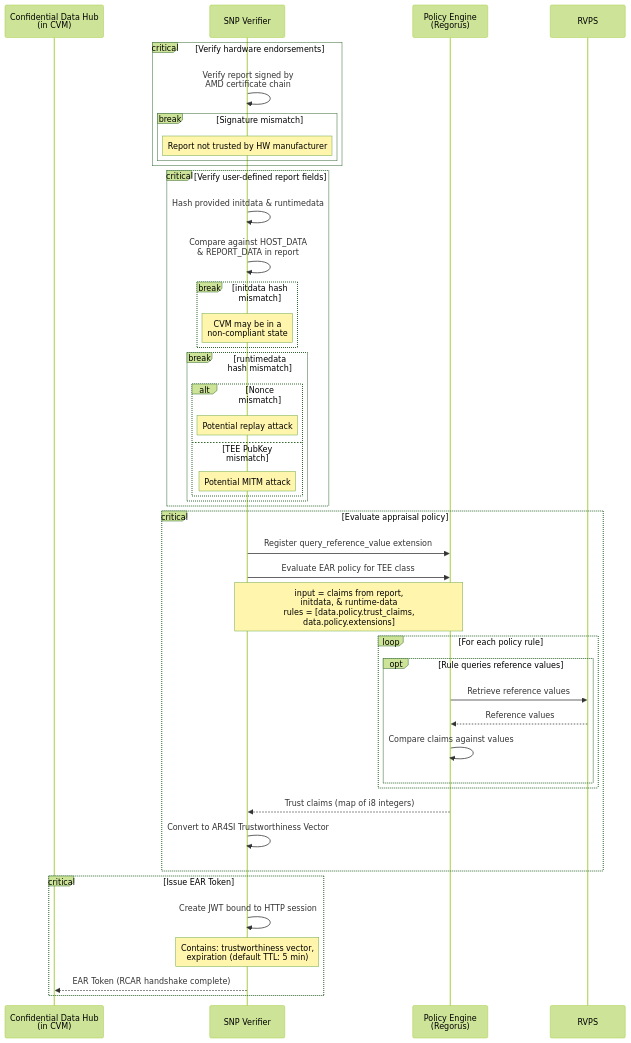
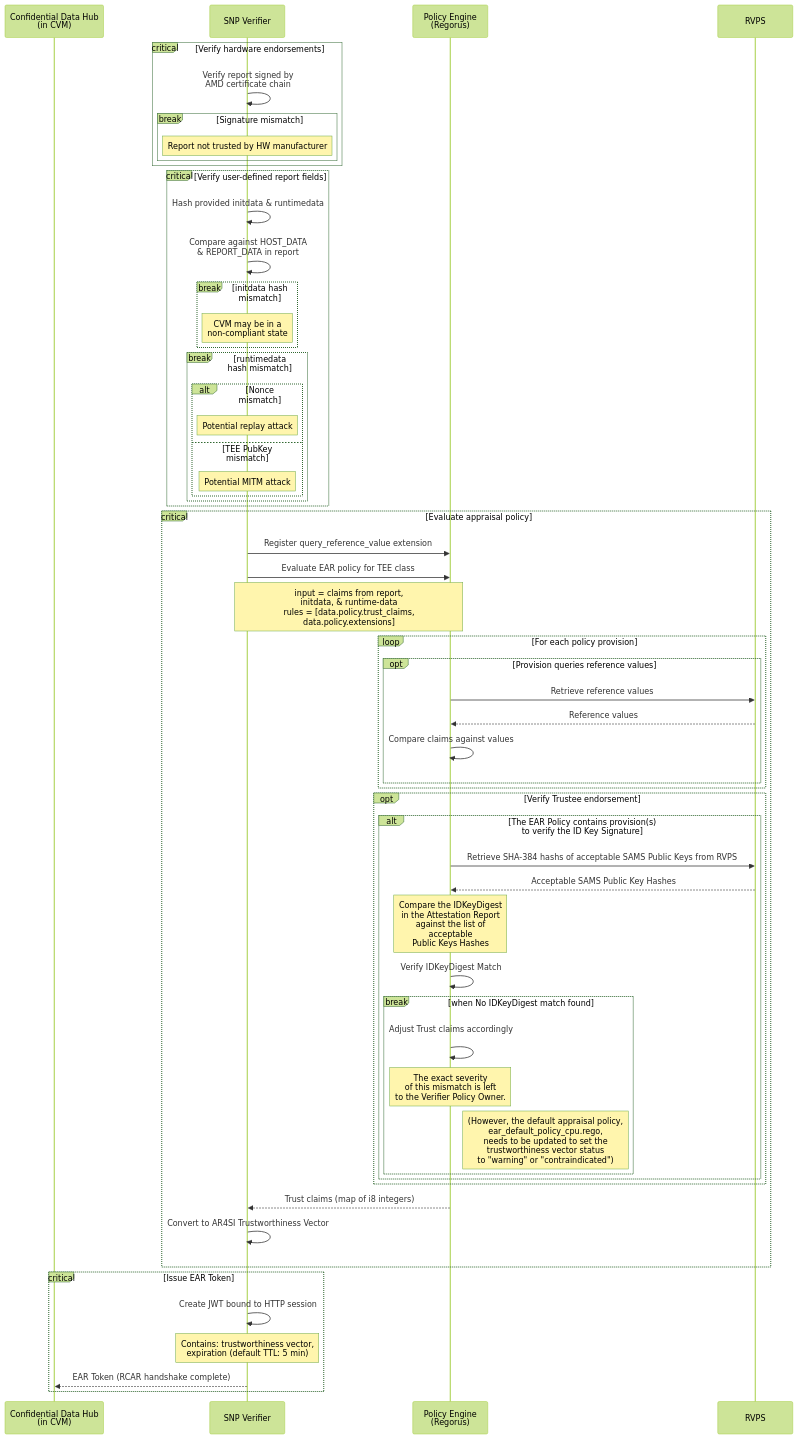
One commit to amd-cmaxwell/trustee changed the fifth of 6 diagrams in kbs/src/plugins/implementations/sams/README.md. Above: the diagram before and after it, drawn with Mermaid (forest theme). The commit also changed other lines of this file, not shown here.

Commit message:
add Verify Trustee Endorsement step

````diff
--- a/kbs/src/plugins/implementations/sams/README.md
+++ b/kbs/src/plugins/implementations/sams/README.md
@@ -228,53 +231,66 @@
 ```mermaid
 sequenceDiagram
     participant cdh as Confidential Data Hub<br>(in CVM)
     participant snp_verifier as SNP Verifier
     participant policy_engine as Policy Engine<br>(Regorus)
     participant rvps as RVPS
 
     critical Verify hardware endorsements
         snp_verifier ->> snp_verifier: Verify report signed by<br>AMD certificate chain
         break Signature mismatch
             note over snp_verifier: Report not trusted by HW manufacturer
         end
     end
 
     critical Verify user-defined report fields
         snp_verifier ->> snp_verifier: Hash provided initdata & runtimedata
         snp_verifier ->> snp_verifier: Compare against HOST_DATA<br>& REPORT_DATA in report
 
         break initdata hash mismatch
             note over snp_verifier: CVM may be in a<br>non-compliant state
         end
         break runtimedata hash mismatch
             alt Nonce mismatch
                 note over snp_verifier: Potential replay attack
             else TEE PubKey mismatch
                 note over snp_verifier: Potential MITM attack
             end
         end
     end
 
     critical Evaluate appraisal policy
         snp_verifier ->> policy_engine: Register query_reference_value extension
         snp_verifier ->> policy_engine: Evaluate EAR policy for TEE class
         note over snp_verifier, policy_engine: input = claims from report,<br>initdata, & runtime-data<br>rules = [data.policy.trust_claims,<br>data.policy.extensions]
 
-        loop For each policy rule
-            opt Rule queries reference values
+        loop For each policy provision
+            opt Provision queries reference values
                 policy_engine ->> rvps: Retrieve reference values
                 rvps -->> policy_engine: Reference values
                 policy_engine ->> policy_engine: Compare claims against values
+            end
+        end
+        opt Verify Trustee endorsement
+            alt The EAR Policy contains provision(s)<br> to verify the ID Key Signature
+                policy_engine ->> rvps: Retrieve SHA-384 hashs of acceptable SAMS Public Keys from RVPS
+                rvps -->> policy_engine: Acceptable SAMS Public Key Hashes
+                note over policy_engine: Compare the IDKeyDigest<br> in the Attestation Report <br>against the list of<br> acceptable<br> Public Keys Hashes
+                policy_engine ->> policy_engine: Verify IDKeyDigest Match
+                break when No IDKeyDigest match found
+                    policy_engine ->> policy_engine: Adjust Trust claims accordingly<br>
+                    note over policy_engine: The exact severity<br> of this mismatch is left<br> to the Verifier Policy Owner.
+                    note right of policy_engine: (However, the default appraisal policy,<br> ear_default_policy_cpu.rego,<br> needs to be updated to set the <br>trustworthiness vector status<br> to "warning" or "contraindicated")
+                end
             end
         end
 
         policy_engine -->> snp_verifier: Trust claims (map of i8 integers)
         snp_verifier ->> snp_verifier: Convert to AR4SI Trustworthiness Vector
     end
 
     critical Issue EAR Token
         snp_verifier ->> snp_verifier: Create JWT bound to HTTP session
         note over snp_verifier: Contains: trustworthiness vector,<br>expiration (default TTL: 5 min)
         snp_verifier -->> cdh: EAR Token (RCAR handshake complete)
     end
 ```
````
